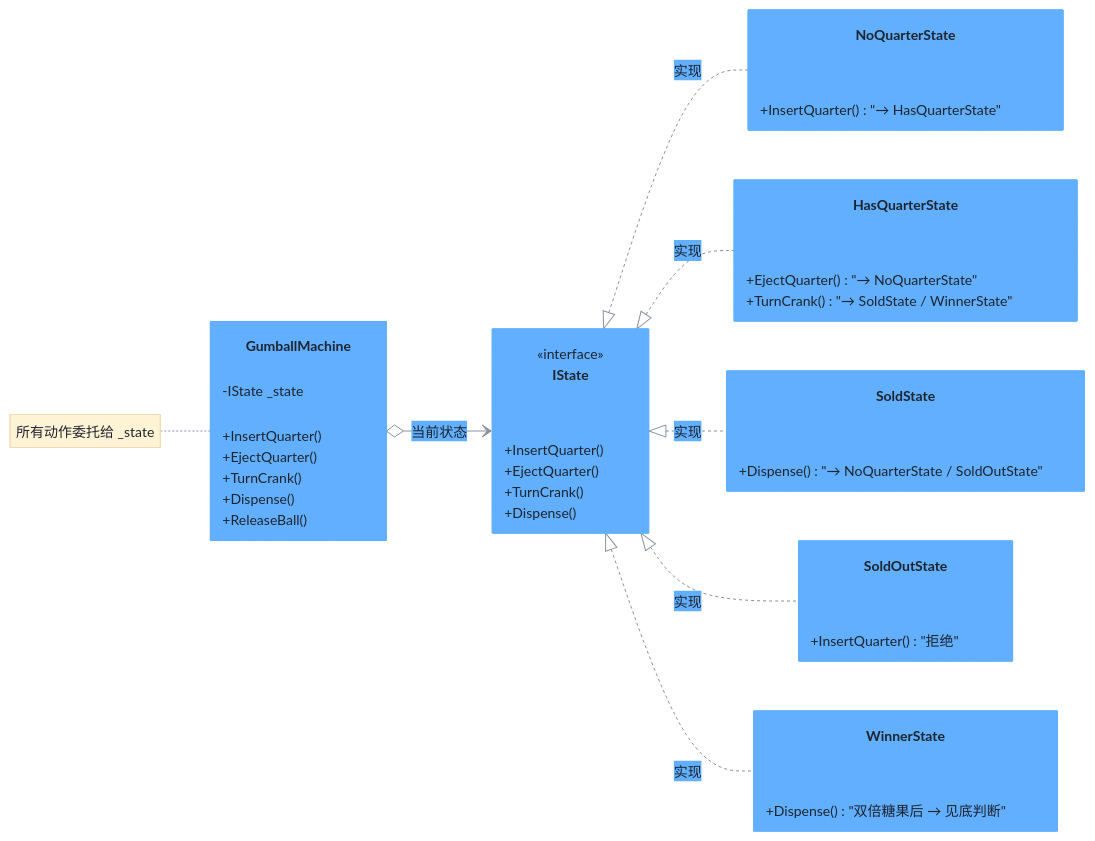
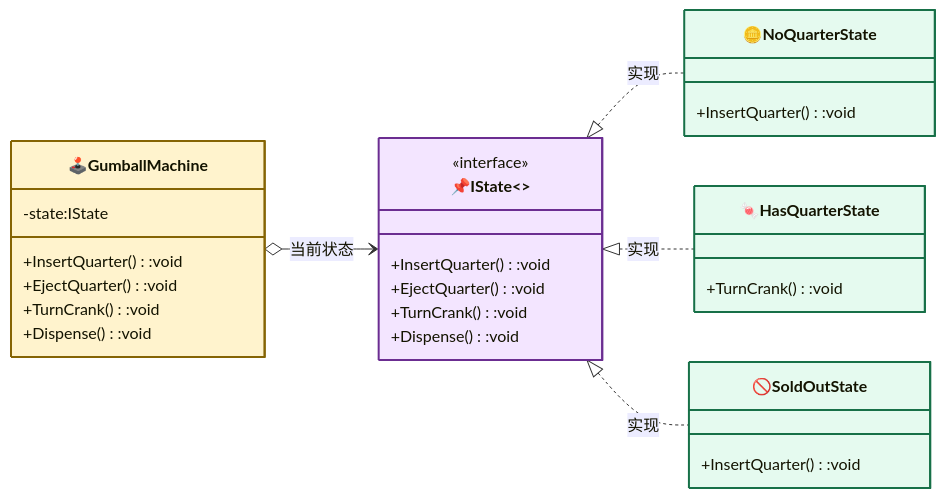
One commit to hollson/design_patterns changed the diagram in StatePattern/README.md. Above: the diagram before and after it, drawn with Mermaid. The commit also changed other lines of this file and 19 other files, not shown here.

Commit message:
docs: refactor mermaid diagrams to basic GoF model style for all 20 design patterns

````diff
--- a/StatePattern/README.md
+++ b/StatePattern/README.md
@@ -20,44 +31,38 @@
 ```mermaid
-%%{init: {"theme": "base", "themeVariables": {"primaryColor": "#61affe", "primaryTextColor": "#1f2430", "primaryBorderColor": "#61affe", "lineColor": "#8a919e", "secondaryColor": "#eaf2fb", "tertiaryColor": "#f5f7fa", "noteBkgColor": "#fff3d6", "noteTextColor": "#1f2430", "fontSize": "14px"}}}%%
+%%{init: {"classDiagram": {"useMarkdownLabels": true}} }%%
 classDiagram
     direction LR
-    class GumballMachine {
-        -IState _state
-        +InsertQuarter()
-        +EjectQuarter()
-        +TurnCrank()
-        +Dispense()
-        +ReleaseBall()
+
+    class Context["🕹️GumballMachine"]:::contextCls{
+        -state:IState
+        +InsertQuarter():void
+        +EjectQuarter():void
+        +TurnCrank():void
+        +Dispense():void
     }
-    class IState {
+    class State["📌IState<<interface>>"]:::strategyCls{
         <<interface>>
-        +InsertQuarter()
-        +EjectQuarter()
-        +TurnCrank()
-        +Dispense()
+        +InsertQuarter():void
+        +EjectQuarter():void
+        +TurnCrank():void
+        +Dispense():void
     }
-    class NoQuarterState {
-        +InsertQuarter() "→ HasQuarterState"
+    class ConcreteStateA["🪙NoQuarterState"]:::concreteCls{
+        +InsertQuarter():void
     }
-    class HasQuarterState {
-        +EjectQuarter() "→ NoQuarterState"
-        +TurnCrank() "→ SoldState / WinnerState"
+    class ConcreteStateB["🍬HasQuarterState"]:::concreteCls{
+        +TurnCrank():void
     }
-    class SoldState {
-        +Dispense() "→ NoQuarterState / SoldOutState"
-    }
-    class SoldOutState {
-        +InsertQuarter() "拒绝"
-    }
-    class WinnerState {
-        +Dispense() "双倍糖果后 → 见底判断"
+    class ConcreteStateC["🚫SoldOutState"]:::concreteCls{
+        +InsertQuarter():void
     }
 
-    GumballMachine o--> IState : 当前状态
-    IState <|.. NoQuarterState : 实现
-    IState <|.. HasQuarterState : 实现
-    IState <|.. SoldState : 实现
-    IState <|.. SoldOutState : 实现
-    IState <|.. WinnerState : 实现
-    note for GumballMachine "所有动作委托给 _state"
+    Context o--> State : 当前状态
+    State <|.. ConcreteStateA : 实现
+    State <|.. ConcreteStateB : 实现
+    State <|.. ConcreteStateC : 实现
+
+    classDef contextCls fill:#fff3cd,stroke:#856404,stroke-width:2px
+    classDef strategyCls fill:#f3e5ff,stroke:#6b2d91,stroke-width:2px
+    classDef concreteCls fill:#e5faef,stroke:#177048,stroke-width:2px
 ```
````
